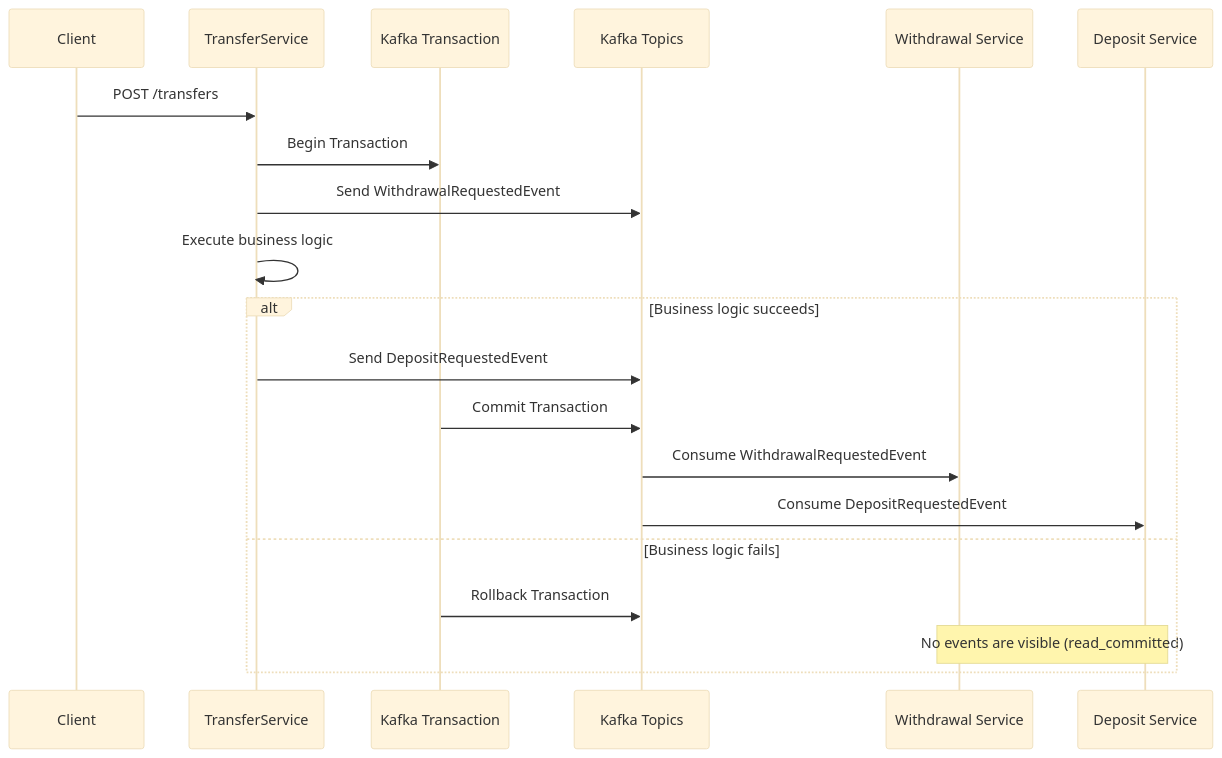
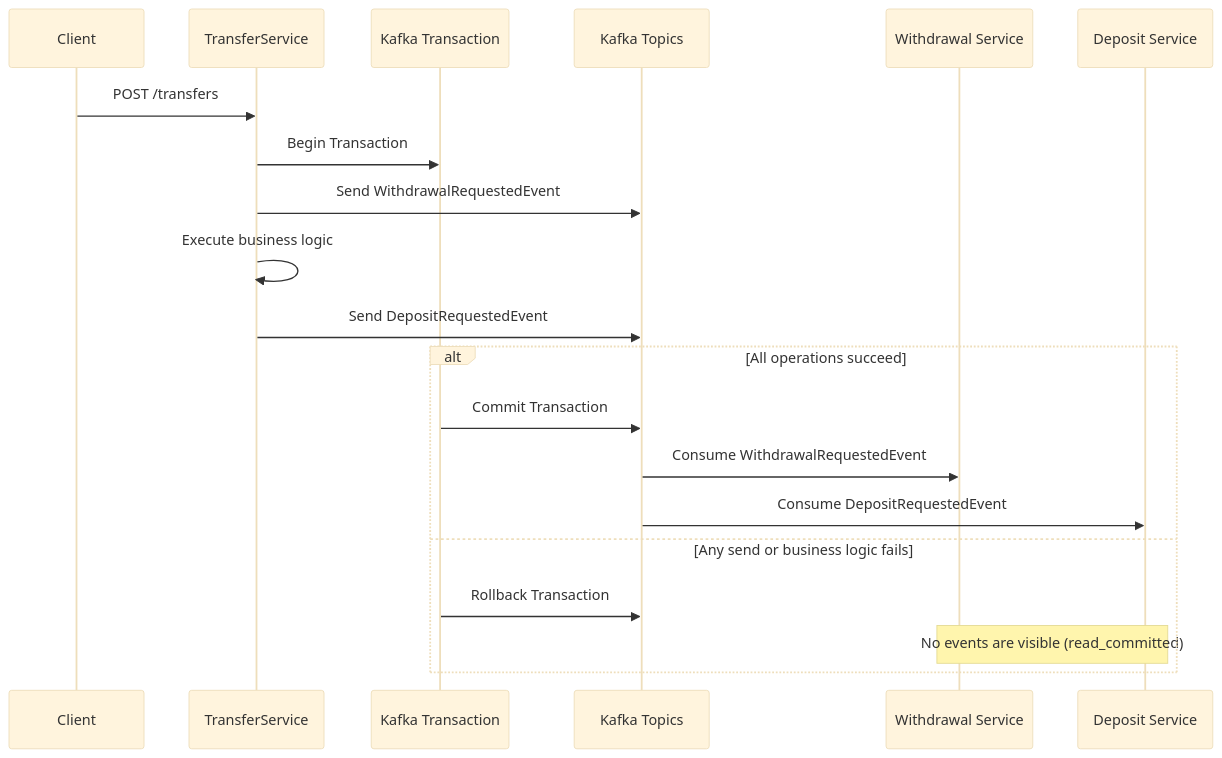
One commit to mariamgaber/kafka-transactions-demo changed the diagram in README.md. Above: the diagram before and after it, drawn with Mermaid (base theme). The commit also changed other lines of this file, not shown here.

Commit message:
Update README to clarify Kafka transaction guarantees
Clarify transaction behavior in README regarding event visibility and rollback.

````diff
--- a/README.md
+++ b/README.md
@@ -58,25 +58,25 @@
 ```mermaid
 sequenceDiagram
     participant Client
     participant TransferService
     participant Kafka Transaction
     participant Kafka Topics
     participant Withdrawal Service
     participant Deposit Service
 
     Client->>TransferService: POST /transfers
     TransferService->>Kafka Transaction: Begin Transaction
 
     TransferService->>Kafka Topics: Send WithdrawalRequestedEvent
     TransferService->>TransferService: Execute business logic
+    TransferService->>Kafka Topics: Send DepositRequestedEvent
 
-    alt Business logic succeeds
-        TransferService->>Kafka Topics: Send DepositRequestedEvent
+    alt All operations succeed
         Kafka Transaction->>Kafka Topics: Commit Transaction
         Kafka Topics->>Withdrawal Service: Consume WithdrawalRequestedEvent
         Kafka Topics->>Deposit Service: Consume DepositRequestedEvent
-    else Business logic fails
+    else Any send or business logic fails
         Kafka Transaction->>Kafka Topics: Rollback Transaction
         Note over Withdrawal Service,Deposit Service: No events are visible (read_committed)
     end
 ```
````
